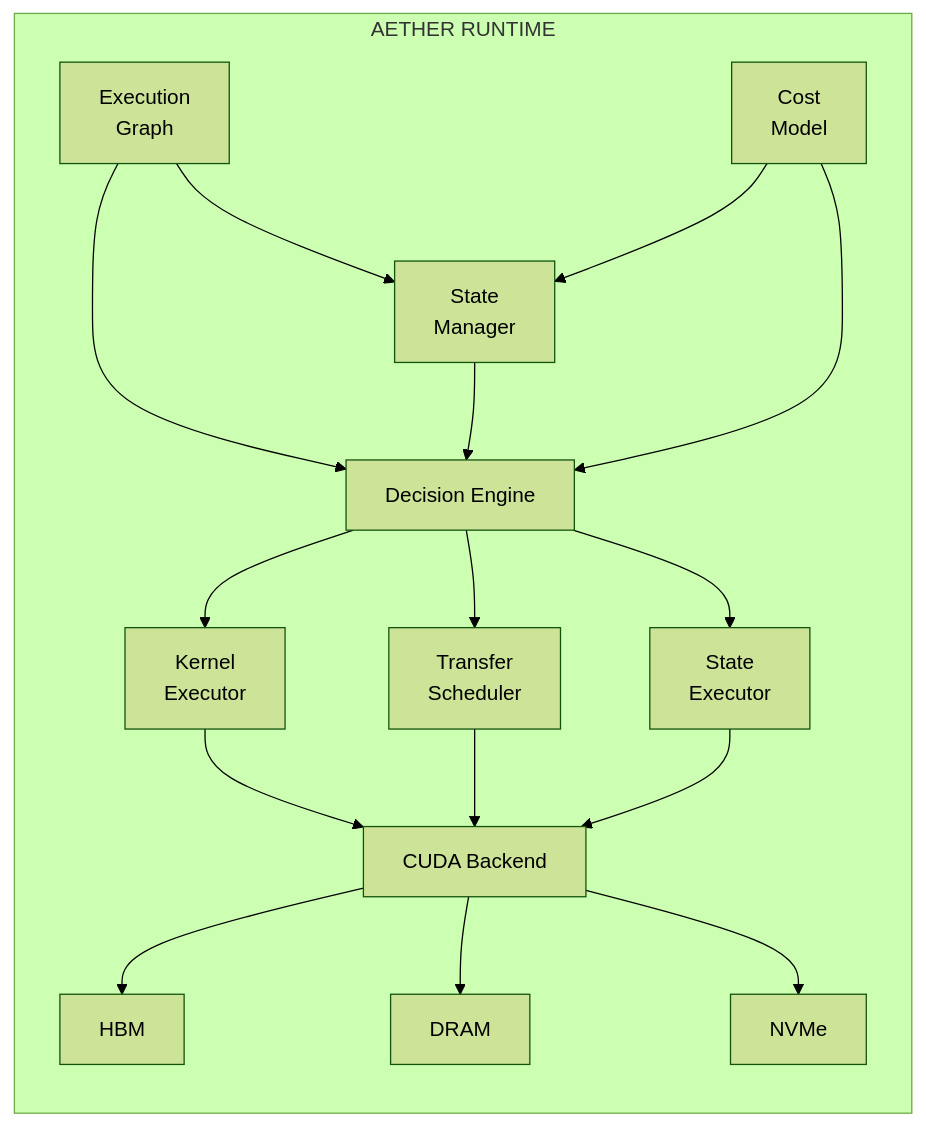
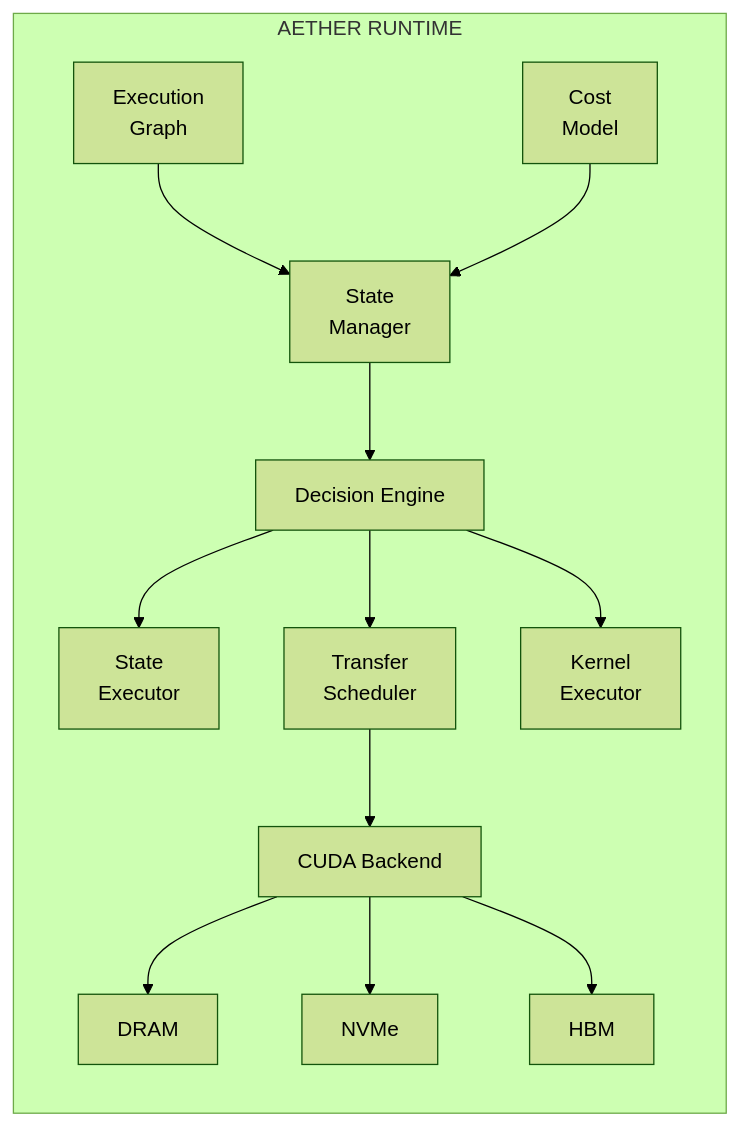
Before and after one commit to Vi-shub/Aether: the second of 2 diagrams in README.md, drawn with Mermaid (forest theme). The commit also changed other lines of this file, not shown here.

Commit message:
docs: refine architecture diagram to match runtime code paths

````diff
--- a/README.md
+++ b/README.md
@@ -26,36 +63,32 @@
 ```mermaid
 flowchart TD
     subgraph AETHER["AETHER RUNTIME"]
         direction TB
 
         EG["Execution<br/>Graph"]
         SM["State<br/>Manager"]
         CM["Cost<br/>Model"]
         DE["Decision Engine"]
+        SE["State<br/>Executor"]
         KE["Kernel<br/>Executor"]
         TS["Transfer<br/>Scheduler"]
-        SE["State<br/>Executor"]
         CB["CUDA Backend"]
         HBM["HBM"]
         DRAM["DRAM"]
         NVMe["NVMe"]
 
         EG --> SM
+        SM --> DE
         CM --> SM
-        EG --> DE
-        SM --> DE
-        CM --> DE
 
+        DE --> SE
+        DE --> TS
         DE --> KE
-        DE --> TS
-        DE --> SE
-
-        KE --> CB
         TS --> CB
-        SE --> CB
-
-        CB --> HBM
+        
         CB --> DRAM
         CB --> NVMe
+        CB --> HBM
+
     end
 ```
````
